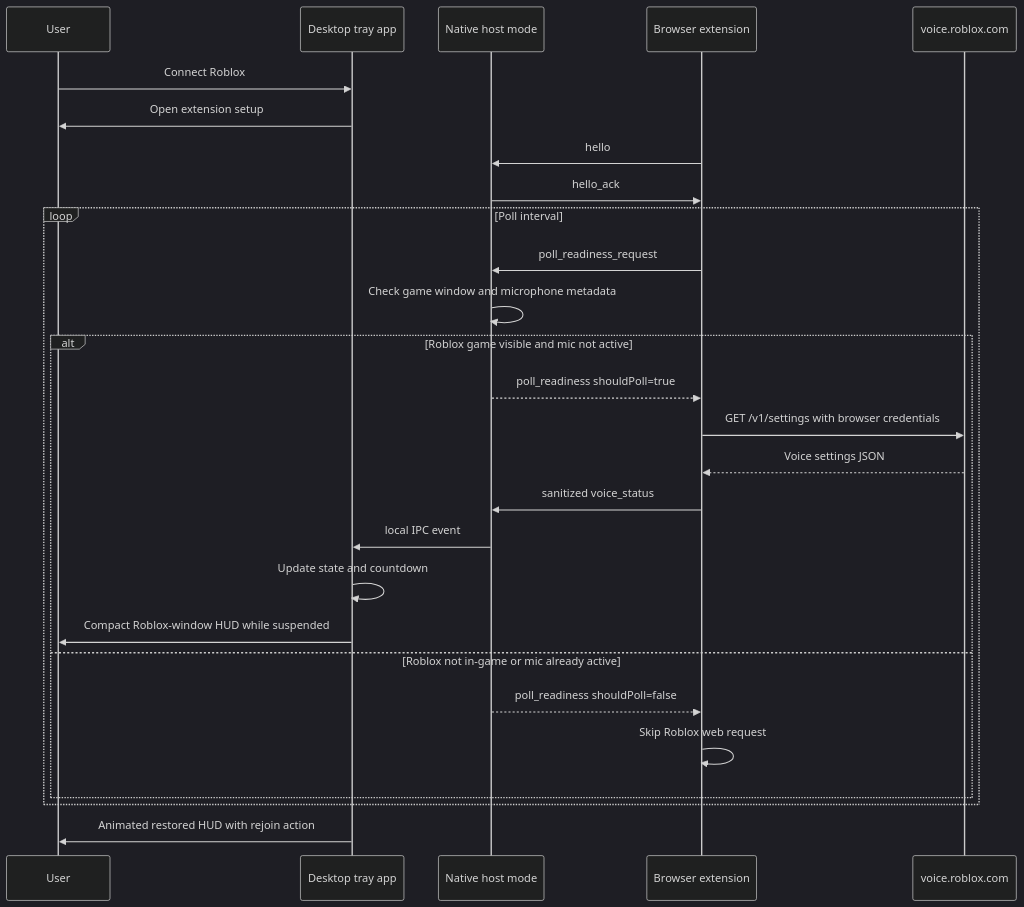
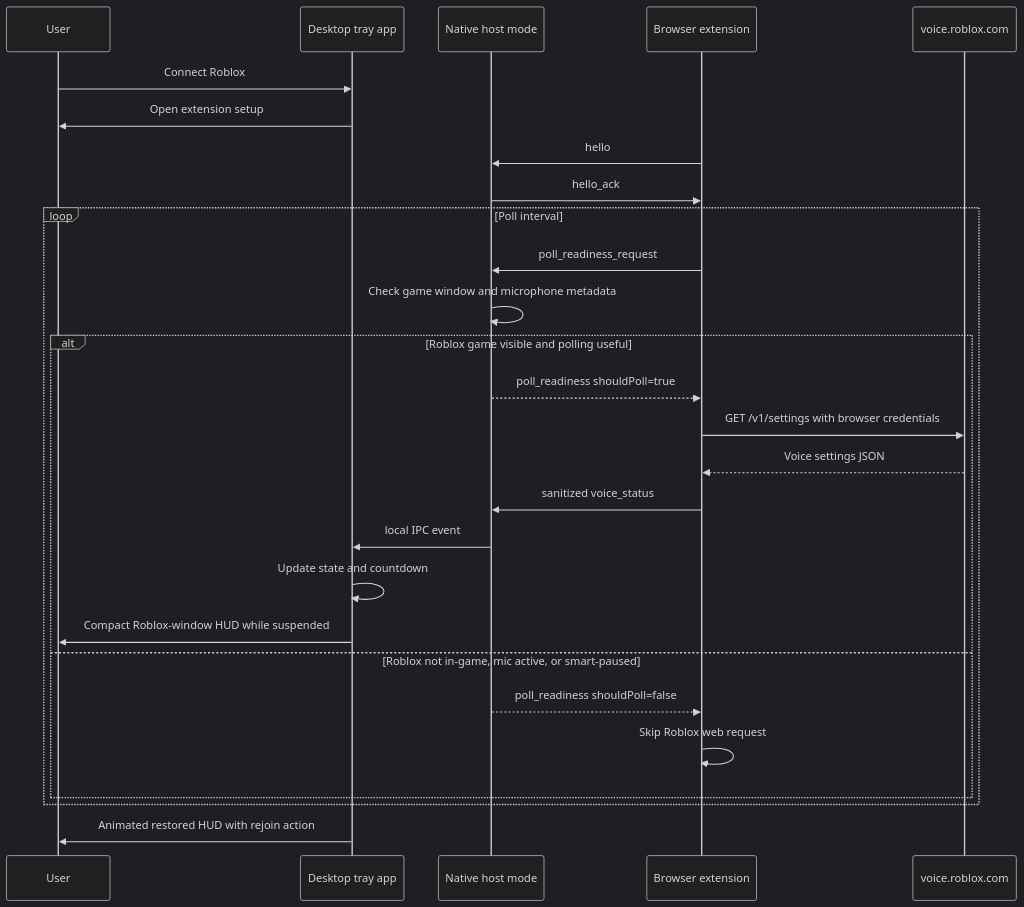
One commit to Qxshio/VoiceWatch changed the diagram in docs/ARCHITECTURE.md. Above: the diagram before and after it, drawn with Mermaid (dark theme). The commit also changed other lines of this file and 18 other files, not shown here.

````diff
--- a/docs/ARCHITECTURE.md
+++ b/docs/ARCHITECTURE.md
@@ -34,30 +37,30 @@
 ```mermaid
 sequenceDiagram
     participant User
     participant Tray as Desktop tray app
     participant Host as Native host mode
     participant Ext as Browser extension
     participant Roblox as voice.roblox.com
 
     User->>Tray: Connect Roblox
     Tray->>User: Open extension setup
     Ext->>Host: hello
     Host->>Ext: hello_ack
     loop Poll interval
         Ext->>Host: poll_readiness_request
         Host->>Host: Check game window and microphone metadata
-        alt Roblox game visible and mic not active
+        alt Roblox game visible and polling useful
             Host-->>Ext: poll_readiness shouldPoll=true
             Ext->>Roblox: GET /v1/settings with browser credentials
             Roblox-->>Ext: Voice settings JSON
             Ext->>Host: sanitized voice_status
             Host->>Tray: local IPC event
             Tray->>Tray: Update state and countdown
             Tray->>User: Compact Roblox-window HUD while suspended
-        else Roblox not in-game or mic already active
+        else Roblox not in-game, mic active, or smart-paused
             Host-->>Ext: poll_readiness shouldPoll=false
             Ext->>Ext: Skip Roblox web request
         end
     end
     Tray->>User: Animated restored HUD with rejoin action
 ```
````
